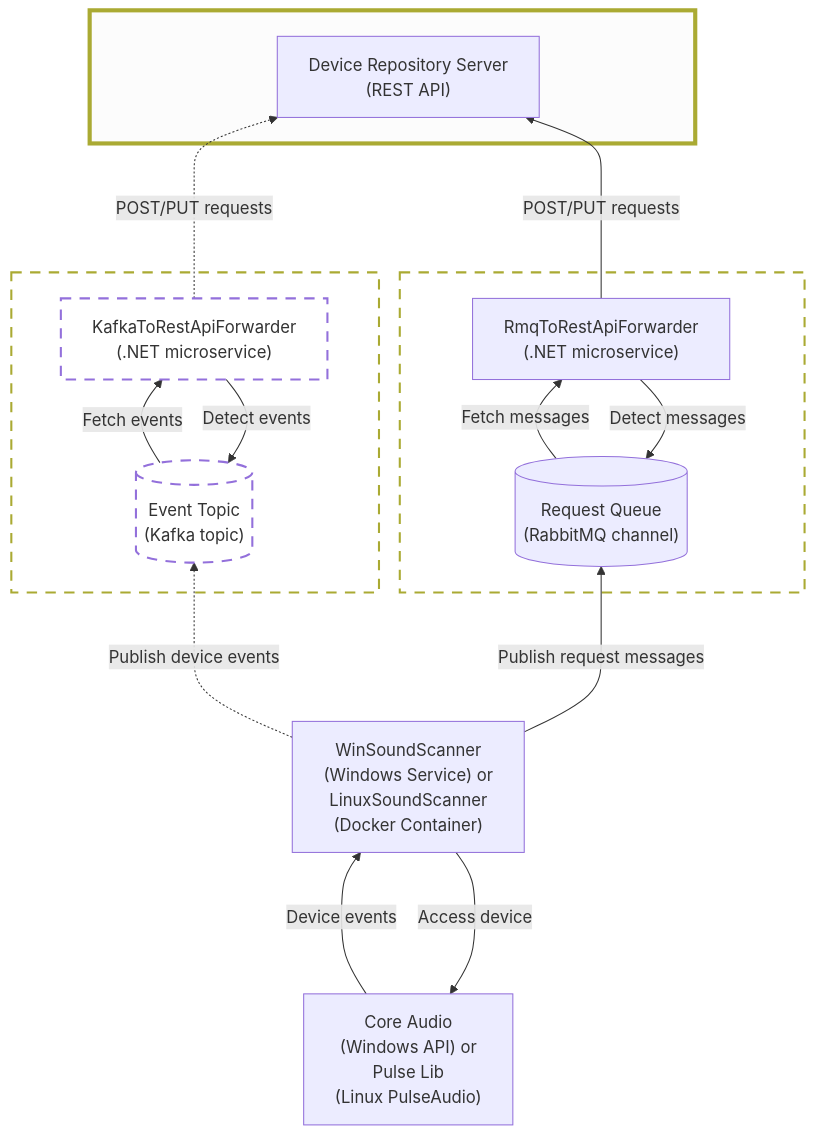
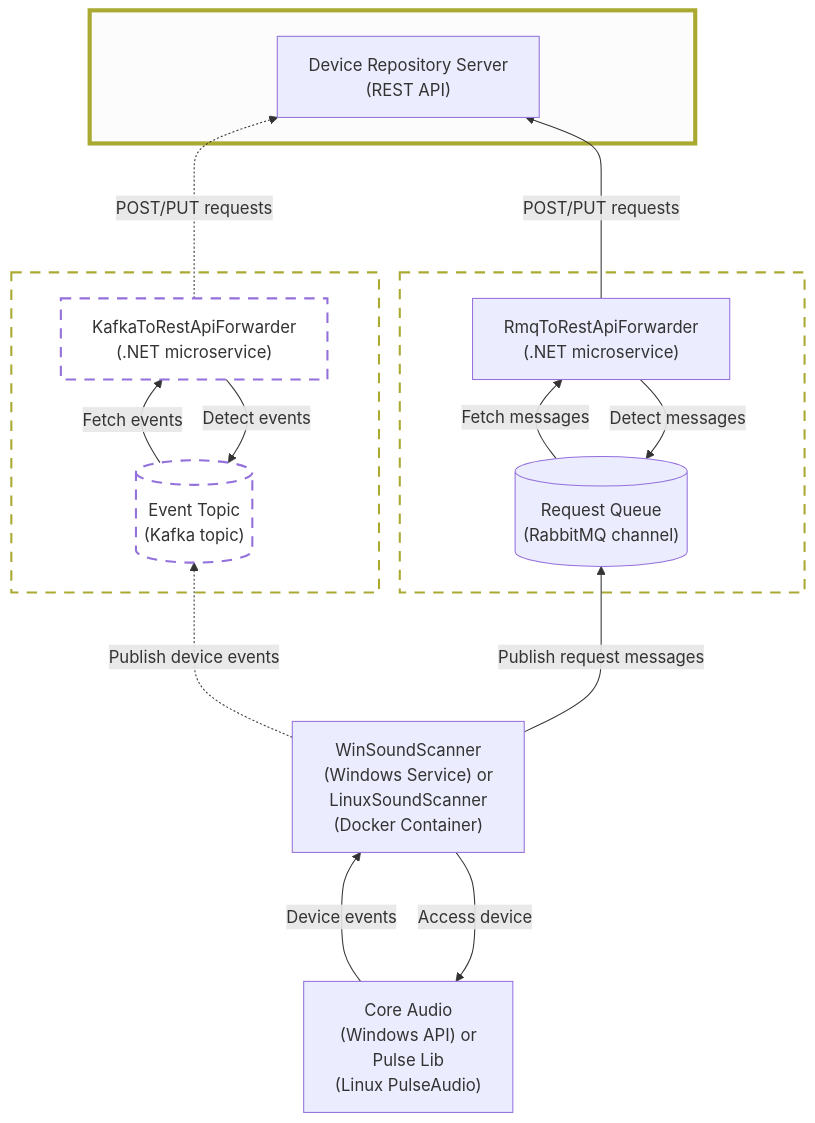
The diagram in README.md (reg-dra/audio-device-repo-server), drawn with Mermaid before and after one commit. The commit also changed other lines of this file, not shown here.

Commit message:
Improve formatting of architecture diagram in README
Updated the architecture diagram formatting for better readability.

````diff
--- a/README.md
+++ b/README.md
@@ -9,51 +7,69 @@
 ```mermaid
 
 flowchart BT
 
     classDef dottedBox fill:transparent, fill-opacity:0.55, stroke-dasharray:10 8, stroke-width:2px;
     classDef stressedBox fill:#f0f0f0,fill-opacity:0.2,stroke-width:4px;
     classDef invisibleNode fill:transparent, stroke:transparent;
 
-    coreAudioApi["Core Audio<br>(Windows API) or<br>Pulse Lib<br>(Linux PulseAudio)"]
+    coreAudioApi["Core Audio
+	(Windows API) or
+	Pulse Lib
+	(Linux PulseAudio)"]
 
     class invisible1 invisibleNode
-    winSoundScannerService["WinSoundScanner<br>(Windows Service) or<br>LinuxSoundScanner<br>(Docker Container)"]
-    invisible2["<br><br><br><br><br>"]
+    winSoundScannerService["WinSoundScanner
+	(Windows Service) or
+	LinuxSoundScanner
+	(Docker Container)"]
+    invisible2["
+
+
+
+
+	"]
     class invisible2 invisibleNode
 
-    subgraph eventTopicKafkaMicroservice["<br>"]
-        eventTopic[("Event Topic<br>(Kafka topic)")]
+    subgraph eventTopicKafkaMicroservice["
+	"]
+        eventTopic[("Event Topic
+		(Kafka topic)")]
         class eventTopic dottedBox
-        kafkaRestForwarder["KafkaToRestApiForwarder<br>(.NET microservice)"]
+        kafkaRestForwarder["KafkaToRestApiForwarder
+		(.NET microservice)"]
         class kafkaRestForwarder dottedBox
     end
     class eventTopicKafkaMicroservice dottedBox
 
-    subgraph requestQueueRabbitMqMicroservice["<br>"]
-        requestQueue[("Request Queue<br>(RabbitMQ channel)")]
-        rabbitMqRestForwarder["RmqToRestApiForwarder<br>(.NET microservice)"]
+    subgraph requestQueueRabbitMqMicroservice["
+	"]
+        requestQueue[("Request Queue
+		(RabbitMQ channel)")]
+        rabbitMqRestForwarder["RmqToRestApiForwarder
+		(.NET microservice)"]
     end
     class requestQueueRabbitMqMicroservice dottedBox
 
-	subgraph repoServer["<br>"]
-	  class invisible1 invisibleNode
-	  deviceRepositoryApi["Device Repository Server<br>(REST API)"]
-	  class invisible2 invisibleNode
+	subgraph repoServer["
+	"]
+	    class invisible1 invisibleNode
+        deviceRepositoryApi["Device Repository Server
+        (REST API)"]
+        class invisible2 invisibleNode
 	end
 	class repoServer stressedBox
-
 
     winSoundScannerService --> |Access device| coreAudioApi
     coreAudioApi --->|Device events| winSoundScannerService
 
     winSoundScannerService -..-> |Publish device events| eventTopic
     winSoundScannerService --->|Publish request messages| requestQueue
 
     eventTopic -->|Fetch events| kafkaRestForwarder
     kafkaRestForwarder --> |Detect events| eventTopic
     kafkaRestForwarder -..->|POST/PUT requests| deviceRepositoryApi
     requestQueue -->|Fetch messages| rabbitMqRestForwarder
     rabbitMqRestForwarder --> |Detect messages| requestQueue
     rabbitMqRestForwarder --->|POST/PUT requests| deviceRepositoryApi
 
 ```
````
